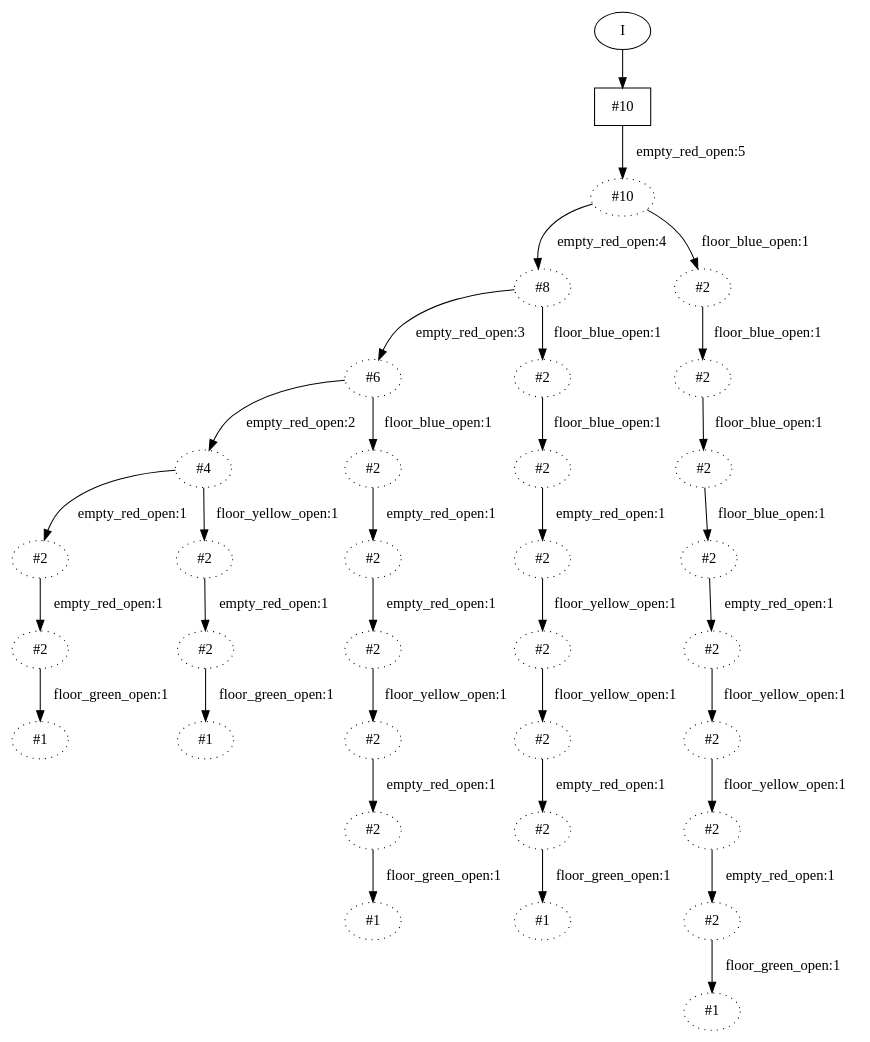
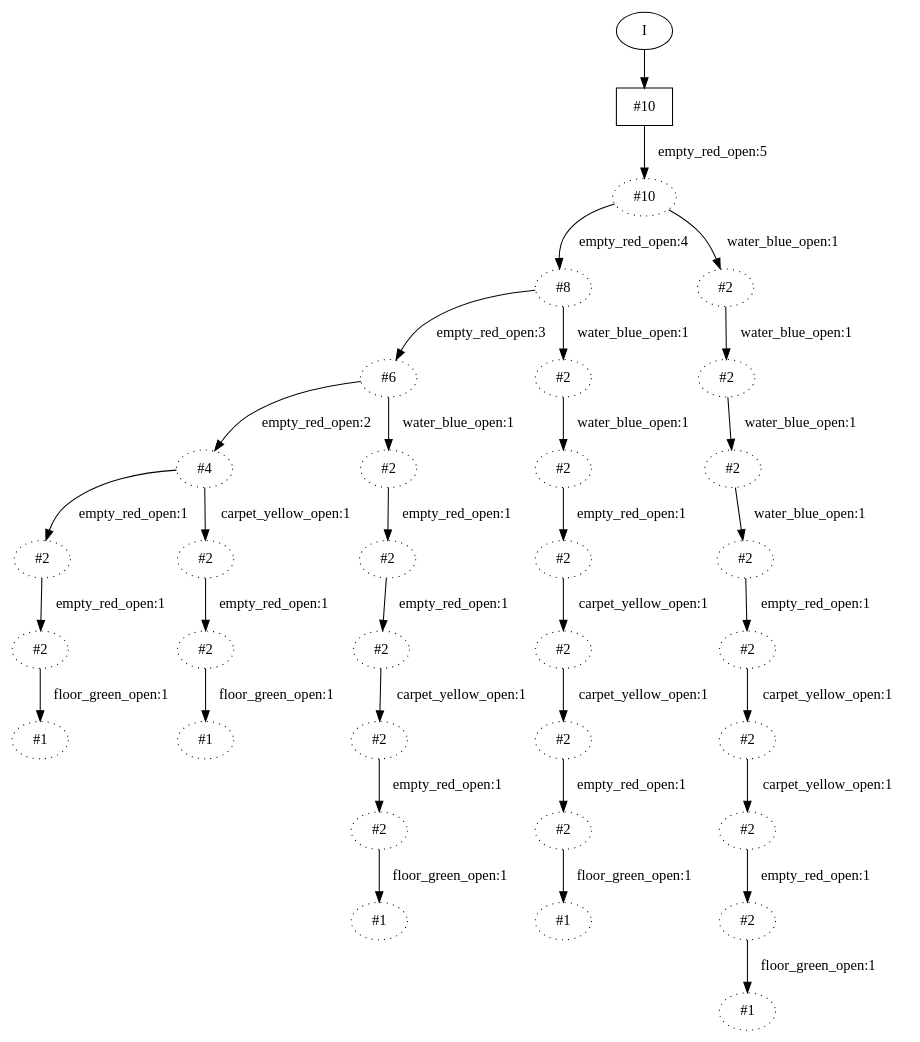
One commit to nicholasRenninger/wombats_experiments changed the diagram in experiments/seshia_paper_reproduction/flexfringe_data/dfainit_dfa.dot. Above: the diagram before and after it, drawn with Graphviz. The commit also changed 128 other files, not shown here.

```diff
--- a/experiments/seshia_paper_reproduction/flexfringe_data/dfainit_dfa.dot
+++ b/experiments/seshia_paper_reproduction/flexfringe_data/dfainit_dfa.dot
@@ -1,71 +1,71 @@
 // produced with flexfringe from git commitd1cf04ada0831d0605a3651971ef9a02091d8823
-// dfasat/flexfringe -h=kldistance -d=kl_data -n=1 -x=0 -w=0 -a=0 -b=1 -f=1 -I=0 -t=1 -l=0 -q=0 -y=0 -p=0.5 --output-dir=experiments/seshia_paper_reproduction/flexfringe_data/dfa /Users/nicholasrenninger/Google Drive/Grad School/specification learning/code/DPFA_DTS_product_experiment/dfasatInvestigations/experiments/seshia_paper_reproduction/flexfringe_data/seshia_paper_reproduction_train 
+// dfasat/flexfringe -h=kldistance -d=kl_data -n=1 -x=0 -w=0 -b=1 -f=0 -I=0 -t=1 -l=0 -q=0 -y=0 -p=0.6 --output-dir=experiments/seshia_paper_reproduction/flexfringe_data/dfa /Users/nicholasrenninger/Google Drive/Grad School/specification learning/code/DPFA_DTS_product_experiment/dfasatInvestigations/experiments/seshia_paper_reproduction/flexfringe_data/seshia_paper_reproduction_train 
 digraph DFA {
 	0 [label="root" shape=box];
 		I -> 0;
 	0 [ label="#10"  ];
 		0 -> 1 [label="empty_red_open:5"  ];
 	1 [ label="#10"  style=dotted ];
 		1 -> 2 [label="empty_red_open:4"  ];
-		1 -> 24 [label="floor_blue_open:1"  ];
+		1 -> 24 [label="water_blue_open:1"  ];
 	2 [ label="#8"  style=dotted ];
 		2 -> 3 [label="empty_red_open:3"  ];
-		2 -> 17 [label="floor_blue_open:1"  ];
+		2 -> 17 [label="water_blue_open:1"  ];
 	3 [ label="#6"  style=dotted ];
 		3 -> 4 [label="empty_red_open:2"  ];
-		3 -> 11 [label="floor_blue_open:1"  ];
+		3 -> 11 [label="water_blue_open:1"  ];
 	4 [ label="#4"  style=dotted ];
 		4 -> 5 [label="empty_red_open:1"  ];
-		4 -> 8 [label="floor_yellow_open:1"  ];
+		4 -> 8 [label="carpet_yellow_open:1"  ];
 	5 [ label="#2"  style=dotted ];
 		5 -> 6 [label="empty_red_open:1"  ];
 	6 [ label="#2"  style=dotted ];
 		6 -> 7 [label="floor_green_open:1"  ];
 	7 [ label="#1"  style=dotted ];
 	8 [ label="#2"  style=dotted ];
 		8 -> 9 [label="empty_red_open:1"  ];
 	9 [ label="#2"  style=dotted ];
 		9 -> 10 [label="floor_green_open:1"  ];
 	10 [ label="#1"  style=dotted ];
 	11 [ label="#2"  style=dotted ];
 		11 -> 12 [label="empty_red_open:1"  ];
 	12 [ label="#2"  style=dotted ];
 		12 -> 13 [label="empty_red_open:1"  ];
 	13 [ label="#2"  style=dotted ];
-		13 -> 14 [label="floor_yellow_open:1"  ];
+		13 -> 14 [label="carpet_yellow_open:1"  ];
 	14 [ label="#2"  style=dotted ];
 		14 -> 15 [label="empty_red_open:1"  ];
 	15 [ label="#2"  style=dotted ];
 		15 -> 16 [label="floor_green_open:1"  ];
 	16 [ label="#1"  style=dotted ];
 	17 [ label="#2"  style=dotted ];
-		17 -> 18 [label="floor_blue_open:1"  ];
+		17 -> 18 [label="water_blue_open:1"  ];
 	18 [ label="#2"  style=dotted ];
 		18 -> 19 [label="empty_red_open:1"  ];
 	19 [ label="#2"  style=dotted ];
-		19 -> 20 [label="floor_yellow_open:1"  ];
+		19 -> 20 [label="carpet_yellow_open:1"  ];
 	20 [ label="#2"  style=dotted ];
-		20 -> 21 [label="floor_yellow_open:1"  ];
+		20 -> 21 [label="carpet_yellow_open:1"  ];
 	21 [ label="#2"  style=dotted ];
 		21 -> 22 [label="empty_red_open:1"  ];
 	22 [ label="#2"  style=dotted ];
 		22 -> 23 [label="floor_green_open:1"  ];
 	23 [ label="#1"  style=dotted ];
 	24 [ label="#2"  style=dotted ];
-		24 -> 25 [label="floor_blue_open:1"  ];
+		24 -> 25 [label="water_blue_open:1"  ];
 	25 [ label="#2"  style=dotted ];
-		25 -> 26 [label="floor_blue_open:1"  ];
+		25 -> 26 [label="water_blue_open:1"  ];
 	26 [ label="#2"  style=dotted ];
-		26 -> 27 [label="floor_blue_open:1"  ];
+		26 -> 27 [label="water_blue_open:1"  ];
 	27 [ label="#2"  style=dotted ];
 		27 -> 28 [label="empty_red_open:1"  ];
 	28 [ label="#2"  style=dotted ];
-		28 -> 29 [label="floor_yellow_open:1"  ];
+		28 -> 29 [label="carpet_yellow_open:1"  ];
 	29 [ label="#2"  style=dotted ];
-		29 -> 30 [label="floor_yellow_open:1"  ];
+		29 -> 30 [label="carpet_yellow_open:1"  ];
 	30 [ label="#2"  style=dotted ];
 		30 -> 31 [label="empty_red_open:1"  ];
 	31 [ label="#2"  style=dotted ];
 		31 -> 32 [label="floor_green_open:1"  ];
 	32 [ label="#1"  style=dotted ];
 }
```
